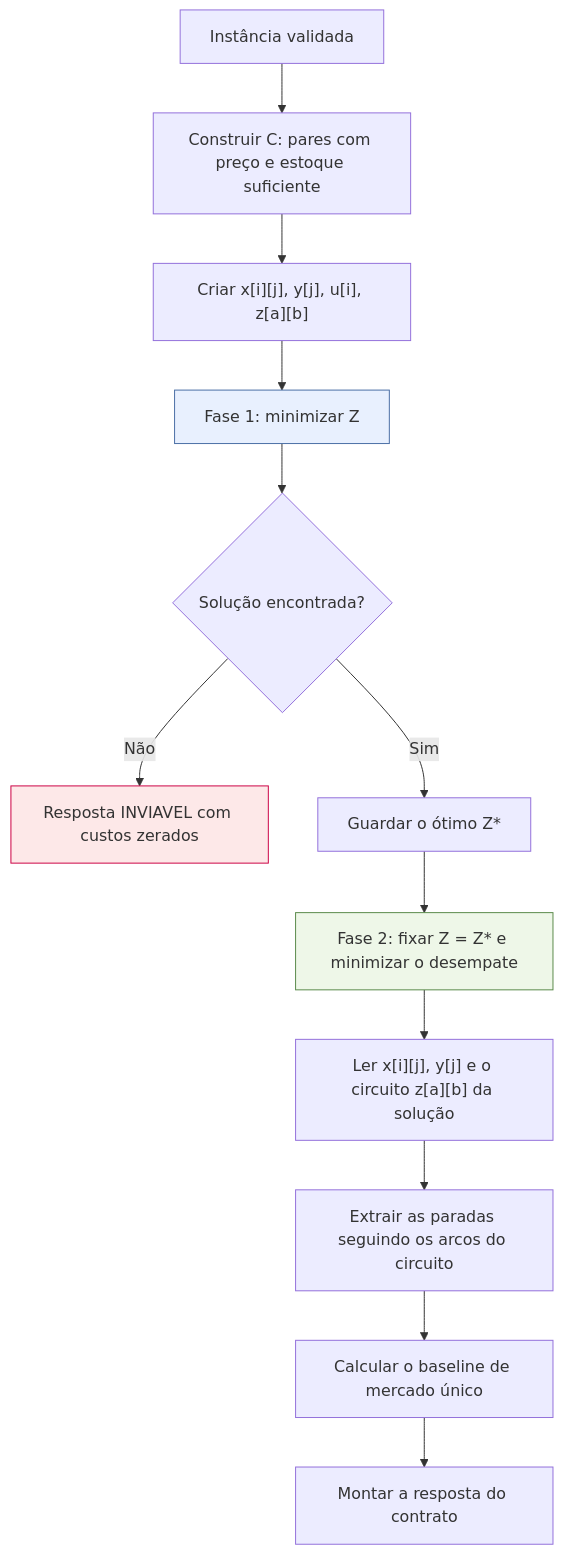
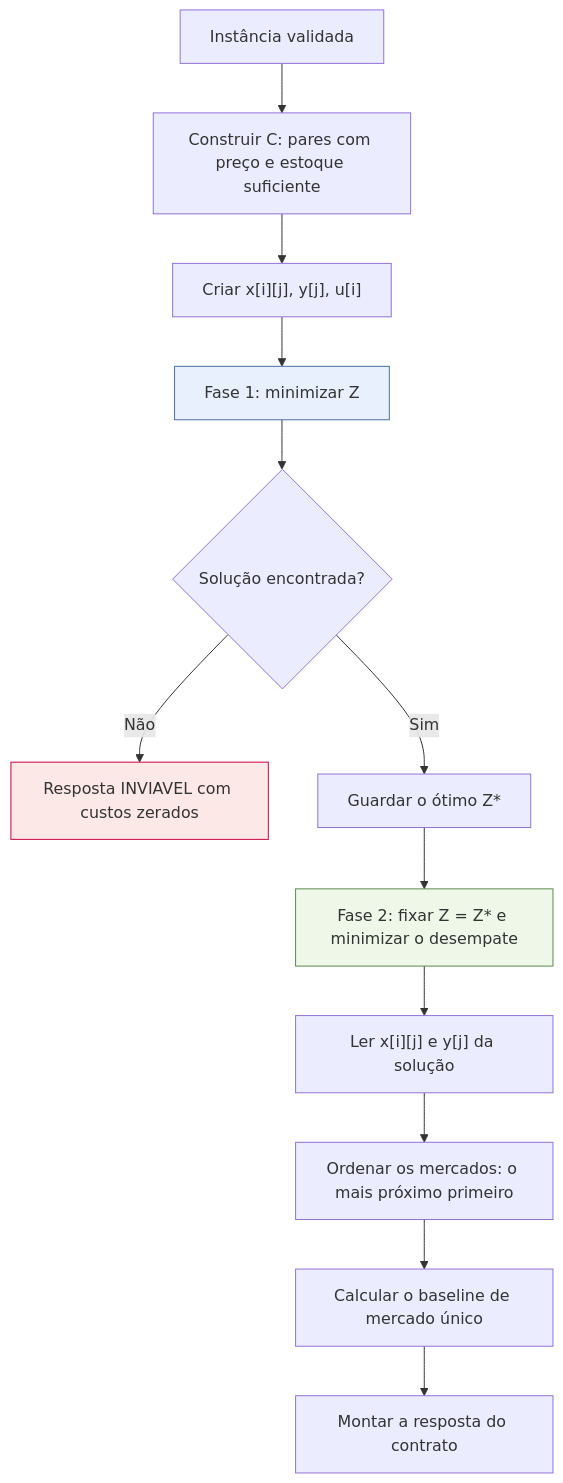
The second of 4 diagrams in modelo/docs/formulacao-matematica.md (chroanz/sad-tcc), drawn with Mermaid before and after one commit. The commit also changed other lines of this file and 48 other files, not shown here.

````diff
--- a/modelo/docs/formulacao-matematica.md
+++ b/modelo/docs/formulacao-matematica.md
@@ -283,18 +219,18 @@
 ```mermaid
 flowchart TD
     A["Instância validada"] --> B["Construir C: pares com preço e estoque suficiente"]
-    B --> C["Criar x[i][j], y[j], u[i], z[a][b]"]
+    B --> C["Criar x[i][j], y[j], u[i]"]
     C --> D["Fase 1: minimizar Z"]
     D --> E{"Solução encontrada?"}
     E -->|"Não"| F["Resposta INVIAVEL com custos zerados"]
     E -->|"Sim"| G["Guardar o ótimo Z*"]
     G --> H["Fase 2: fixar Z = Z* e minimizar o desempate"]
-    H --> I["Ler x[i][j], y[j] e o circuito z[a][b] da solução"]
-    I --> J["Extrair as paradas seguindo os arcos do circuito"]
+    H --> I["Ler x[i][j] e y[j] da solução"]
+    I --> J["Ordenar os mercados: o mais próximo primeiro"]
     J --> K["Calcular o baseline de mercado único"]
     K --> L["Montar a resposta do contrato"]
 
     style D fill:#e8f0fe,stroke:#4a6fa5
     style H fill:#eef7e8,stroke:#5a8a4a
     style F fill:#fde8e8,stroke:#c04
 ```
````
